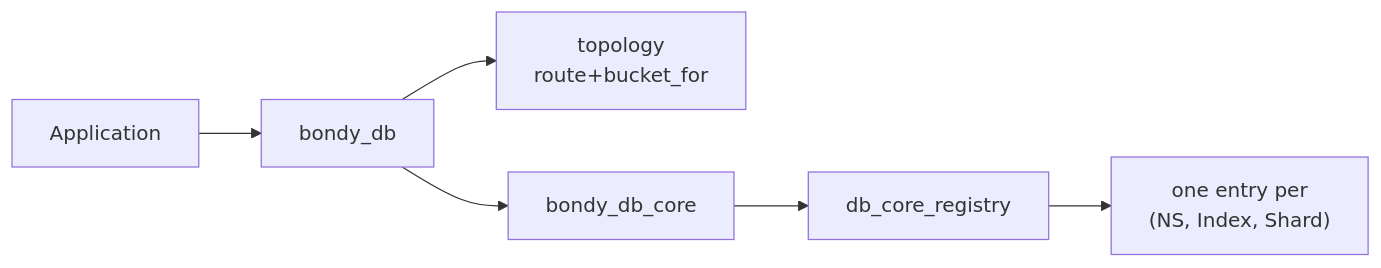
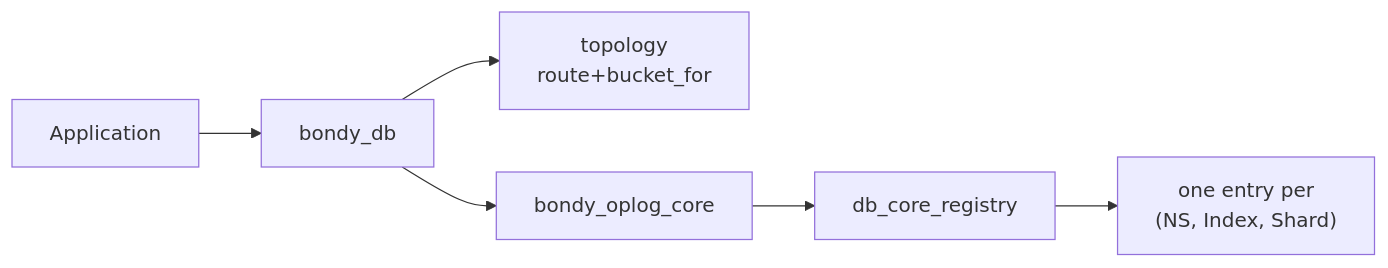
One commit to bondy-io/bondy_mst changed the tenth of 10 diagrams in doc_extras/architecture/03_bondy_db.md. Above: the diagram before and after it, drawn with Mermaid. The commit also changed other lines of this file and 265 other files, not shown here.

````diff
--- a/doc_extras/architecture/03_bondy_db.md
+++ b/doc_extras/architecture/03_bondy_db.md
@@ -372,8 +372,8 @@
 ```mermaid
 flowchart LR
     APP[Application] --> FACADE[bondy_db]
     FACADE --> TOPO["topology<br/>route+bucket_for"]
-    FACADE --> CORE[bondy_db_core]
+    FACADE --> CORE[bondy_oplog_core]
     CORE   --> REG[db_core_registry]
     REG    --> SHARDS["one entry per<br/>(NS, Index, Shard)"]
 ```
````
